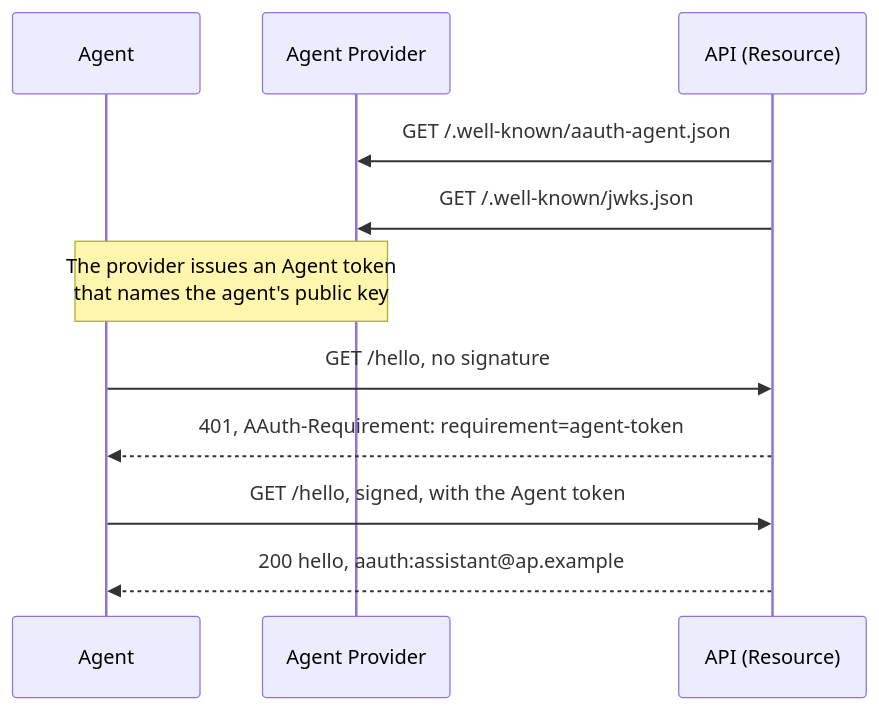
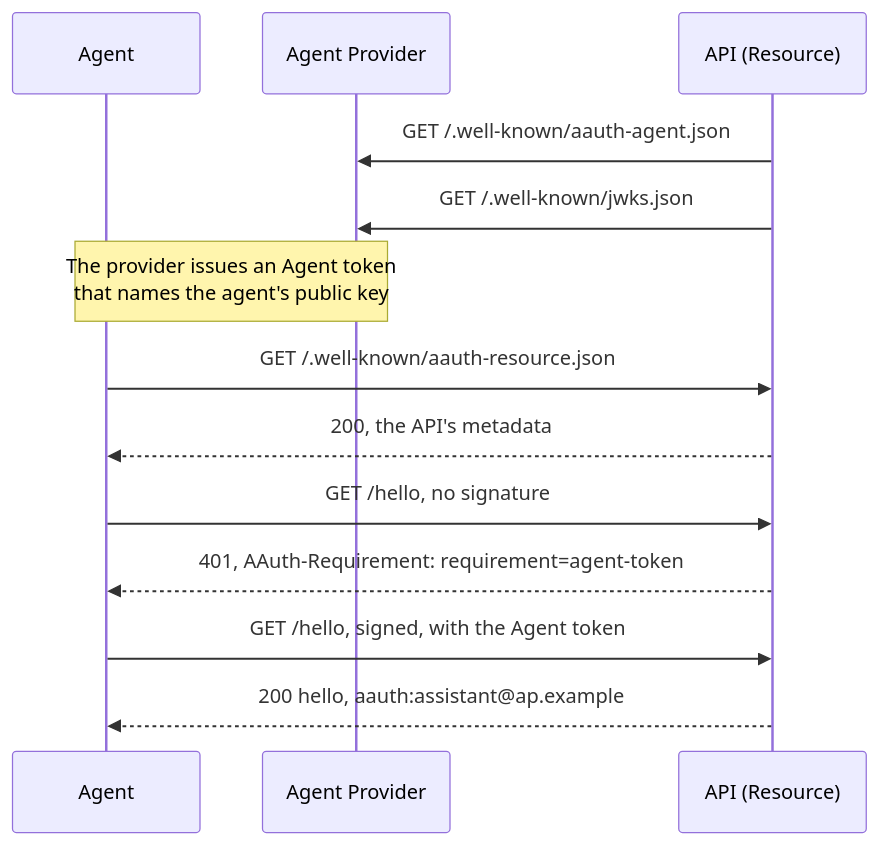
Before and after one commit to sidecat-dev/aauth-rust: the diagram in docs/getting-started.md, drawn with Mermaid. The commit also changed other lines of this file and 7 other files, not shown here.

````diff
--- a/docs/getting-started.md
+++ b/docs/getting-started.md
@@ -62,13 +64,15 @@
 ```mermaid
 sequenceDiagram
     participant Agent
     participant AP as Agent Provider
     participant API as API (Resource)
     API->>AP: GET /.well-known/aauth-agent.json
     API->>AP: GET /.well-known/jwks.json
     Note over Agent,AP: The provider issues an Agent token<br/>that names the agent's public key
+    Agent->>API: GET /.well-known/aauth-resource.json
+    API-->>Agent: 200, the API's metadata
     Agent->>API: GET /hello, no signature
     API-->>Agent: 401, AAuth-Requirement: requirement=agent-token
     Agent->>API: GET /hello, signed, with the Agent token
     API-->>Agent: 200 hello, aauth:assistant@ap.example
 ```
````
